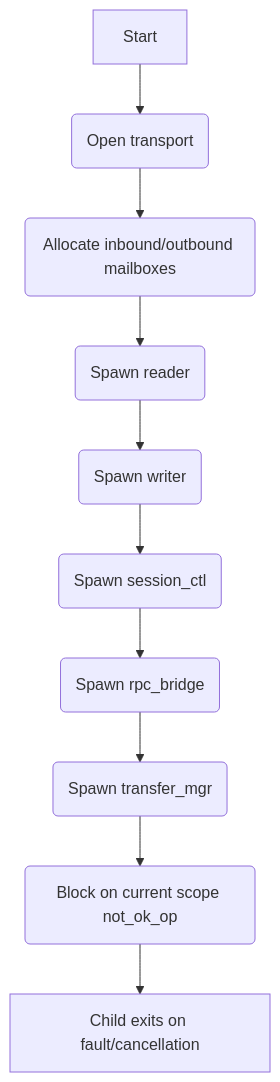
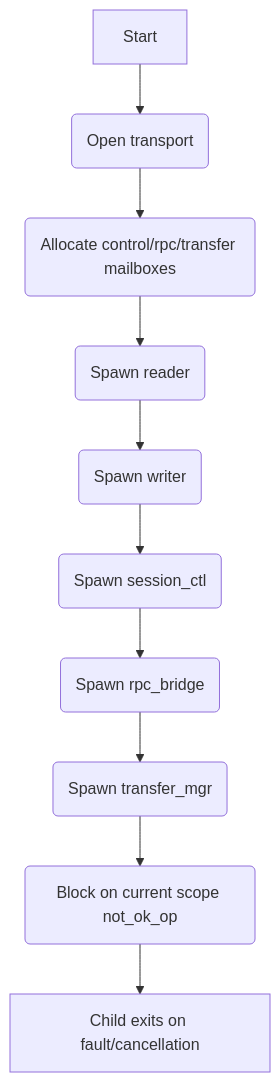
The second of 2 diagrams in docs/specs/fabric.md (jangala-dev/devicecode-lua), drawn with Mermaid before and after one commit. The commit also changed other lines of this file and 2 other files, not shown here.

````diff
--- a/docs/specs/fabric.md
+++ b/docs/specs/fabric.md
@@ -438,12 +449,12 @@
 ```mermaid
 flowchart TD
   St[Start] --> A(Open transport)
-  A --> B(Allocate inbound/outbound mailboxes)
+  A --> B(Allocate control/rpc/transfer mailboxes)
   B --> C(Spawn reader)
   C --> D(Spawn writer)
   D --> E(Spawn session_ctl)
   E --> F(Spawn rpc_bridge)
   F --> G(Spawn transfer_mgr)
   G --> H(Block on current scope not_ok_op)
   H --> En[Child exits on fault/cancellation]
 ```
````
